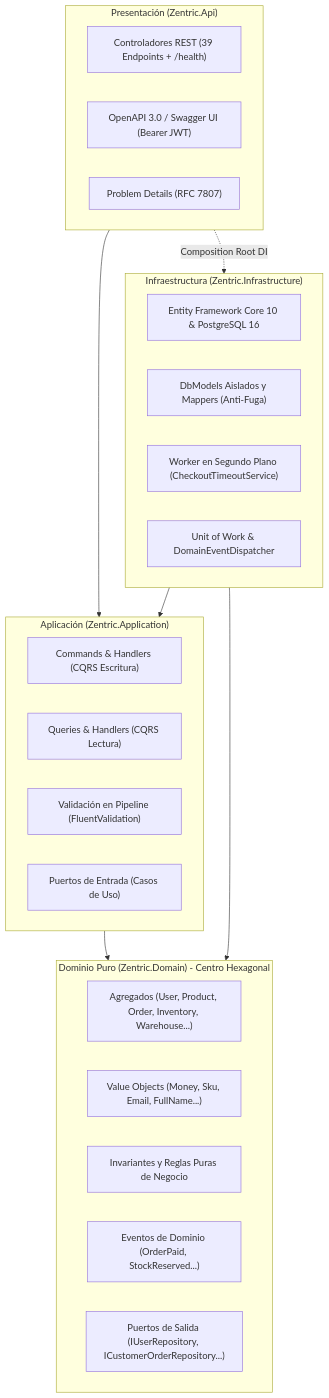
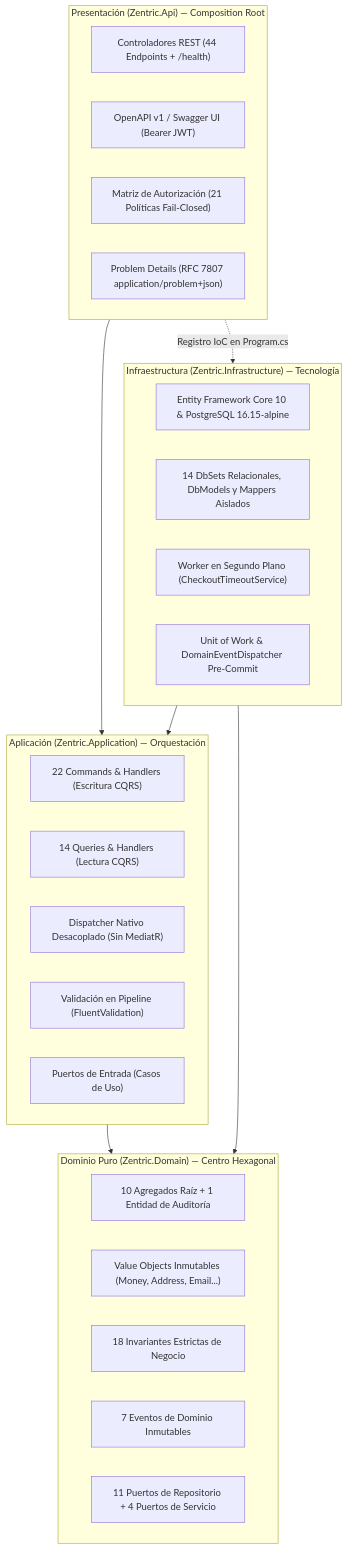
Before and after one commit to D-MachadoDev/Zentric: the second of 3 diagrams in README.md, drawn with Mermaid. The commit also changed other lines of this file and 1 other file, not shown here.

Commit message:
docs(sdd): elevar README.md y SDD.md maestro a estandar 10/10 puro SDD

````diff
--- a/README.md
+++ b/README.md
@@ -103,36 +101,38 @@
 ```mermaid
 flowchart TD
-    subgraph Presentation ["Presentación (Zentric.Api)"]
-        CTRL["Controladores REST (39 Endpoints + /health)"]
-        SWAGGER["OpenAPI 3.0 / Swagger UI (Bearer JWT)"]
-        RFC["Problem Details (RFC 7807)"]
+    subgraph Presentation ["Presentación (Zentric.Api) — Composition Root"]
+        CTRL["Controladores REST (44 Endpoints + /health)"]
+        SWAGGER["OpenAPI v1 / Swagger UI (Bearer JWT)"]
+        AUTH["Matriz de Autorización (21 Políticas Fail-Closed)"]
+        RFC["Problem Details (RFC 7807 application/problem+json)"]
     end
 
-    subgraph Application ["Aplicación (Zentric.Application)"]
-        CMD["Commands & Handlers (CQRS Escritura)"]
-        QRY["Queries & Handlers (CQRS Lectura)"]
+    subgraph Application ["Aplicación (Zentric.Application) — Orquestación"]
+        CMD["22 Commands & Handlers (Escritura CQRS)"]
+        QRY["14 Queries & Handlers (Lectura CQRS)"]
+        DISPATCHER["Dispatcher Nativo Desacoplado (Sin MediatR)"]
         VAL["Validación en Pipeline (FluentValidation)"]
         PORTS_IN["Puertos de Entrada (Casos de Uso)"]
     end
 
-    subgraph Domain ["Dominio Puro (Zentric.Domain) - Centro Hexagonal"]
-        AGG["Agregados (User, Product, Order, Inventory, Warehouse...)"]
-        VO["Value Objects (Money, Sku, Email, FullName...)"]
-        RULES["Invariantes y Reglas Puras de Negocio"]
-        EVENTS["Eventos de Dominio (OrderPaid, StockReserved...)"]
-        PORTS_OUT["Puertos de Salida (IUserRepository, ICustomerOrderRepository...)"]
+    subgraph Domain ["Dominio Puro (Zentric.Domain) — Centro Hexagonal"]
+        AGG["10 Agregados Raíz + 1 Entidad de Auditoría"]
+        VO["Value Objects Inmutables (Money, Address, Email...)"]
+        RULES["18 Invariantes Estrictas de Negocio"]
+        EVENTS["7 Eventos de Dominio Inmutables"]
+        PORTS_OUT["11 Puertos de Repositorio + 4 Puertos de Servicio"]
     end
 
-    subgraph Infrastructure ["Infraestructura (Zentric.Infrastructure)"]
-        EF["Entity Framework Core 10 & PostgreSQL 16"]
-        MODELS["DbModels Aislados y Mappers (Anti-Fuga)"]
+    subgraph Infrastructure ["Infraestructura (Zentric.Infrastructure) — Tecnología"]
+        EF["Entity Framework Core 10 & PostgreSQL 16.15-alpine"]
+        MODELS["14 DbSets Relacionales, DbModels y Mappers Aislados"]
         BG["Worker en Segundo Plano (CheckoutTimeoutService)"]
-        UOW["Unit of Work & DomainEventDispatcher"]
+        UOW["Unit of Work & DomainEventDispatcher Pre-Commit"]
     end
 
     Presentation --> Application
     Application --> Domain
     Infrastructure --> Domain
     Infrastructure --> Application
-    Presentation -.->|Composition Root DI| Infrastructure
+    Presentation -.->|Registro IoC en Program.cs| Infrastructure
 ```
````
